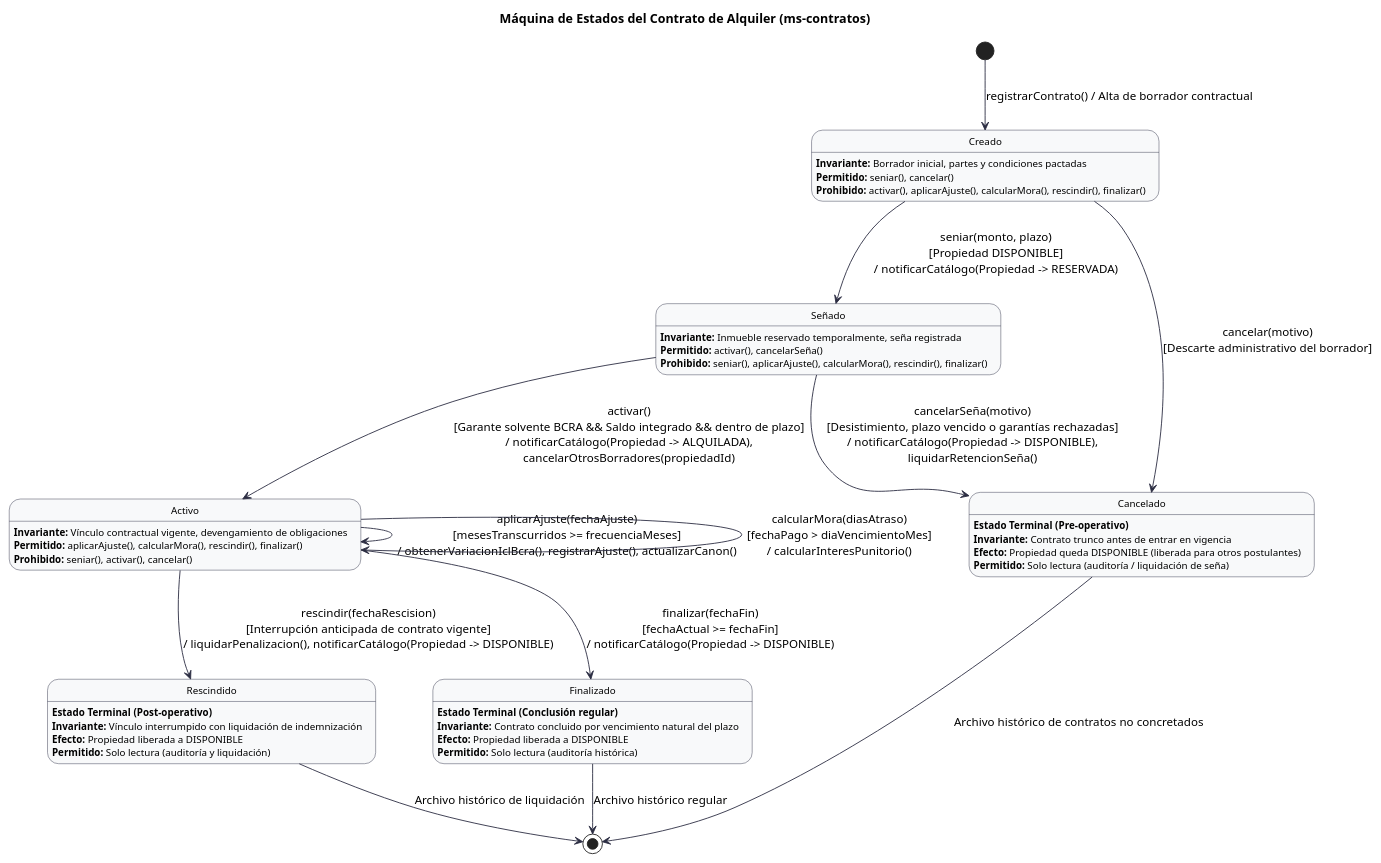
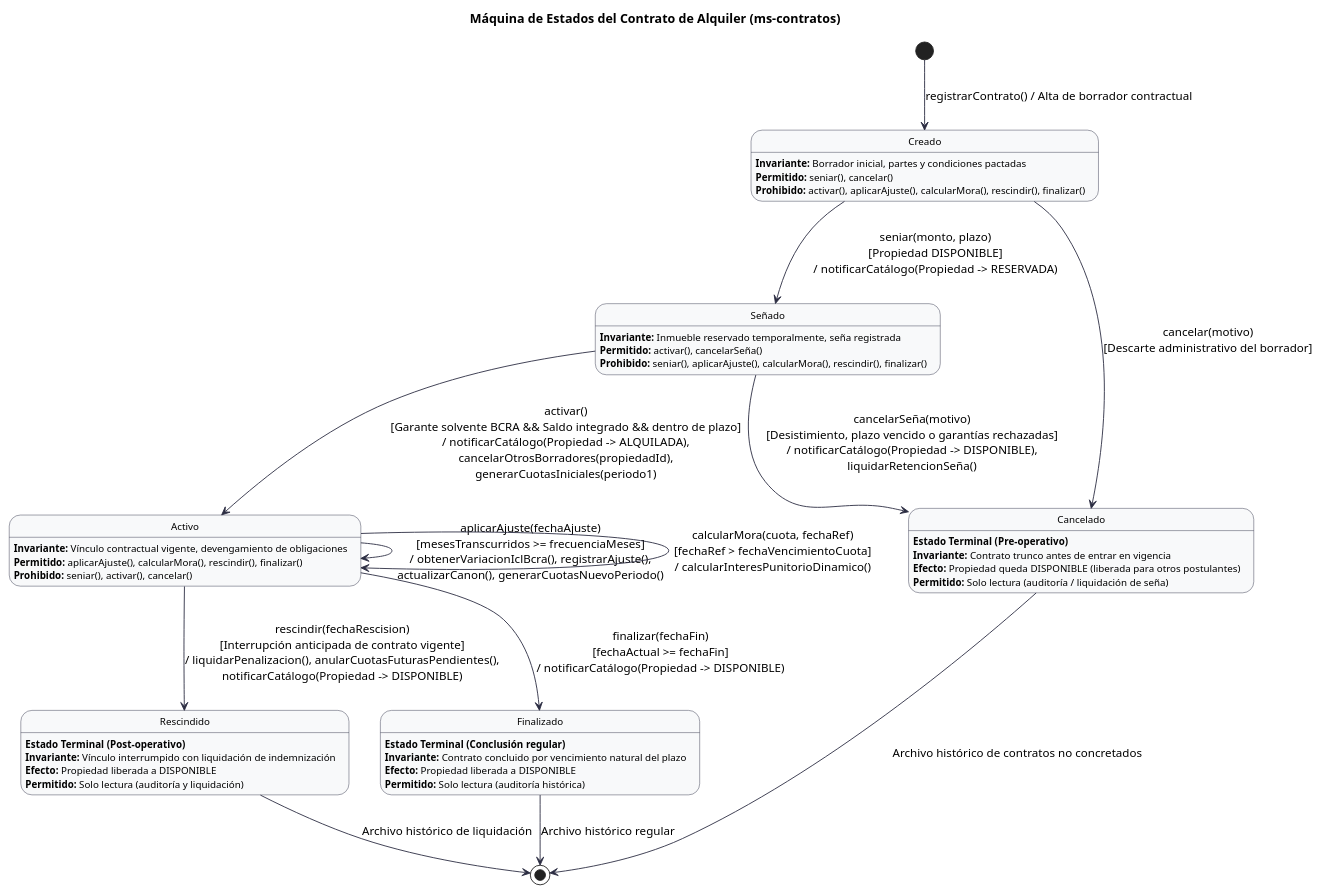
Before and after one commit to Luxuul01/tpi-back-RovedaSA: the fourth of 4 diagrams in docs/Diagramas.md, drawn with PlantUML. The commit also changed other lines of this file and 2 other files, not shown here.

Commit message:
docs: incorporar entidad Cuota, generacion bajo demanda y mora dinamica

````diff
--- a/docs/Diagramas.md
+++ b/docs/Diagramas.md
@@ -324,78 +348,78 @@
 ```plantuml
 @startuml
 skinparam backgroundColor #FFFFFF
 skinparam state {
     BackgroundColor #F8F9FA
     BorderColor #2B2D42
     ArrowColor #2B2D42
     FontName Arial
     FontSize 12
     AttributeFontSize 11
 }
 hide empty description
 
 title Máquina de Estados del Contrato de Alquiler (ms-contratos)
 
 [*] --> Creado : registrarContrato() / Alta de borrador contractual
 
 state Creado {
     Creado : **Invariante:** Borrador inicial, partes y condiciones pactadas
     Creado : **Permitido:** seniar(), cancelar()
     Creado : **Prohibido:** activar(), aplicarAjuste(), calcularMora(), rescindir(), finalizar()
 }
 
 Creado --> Señado : seniar(monto, plazo)\n[Propiedad DISPONIBLE]\n/ notificarCatálogo(Propiedad -> RESERVADA)
 
 Creado --> Cancelado : cancelar(motivo)\n[Descarte administrativo del borrador]
 
 state Señado {
     Señado : **Invariante:** Inmueble reservado temporalmente, seña registrada
     Señado : **Permitido:** activar(), cancelarSeña()
     Señado : **Prohibido:** seniar(), aplicarAjuste(), calcularMora(), rescindir(), finalizar()
 }
 
-Señado --> Activo : activar()\n[Garante solvente BCRA && Saldo integrado && dentro de plazo]\n/ notificarCatálogo(Propiedad -> ALQUILADA),\ncancelarOtrosBorradores(propiedadId)
+Señado --> Activo : activar()\n[Garante solvente BCRA && Saldo integrado && dentro de plazo]\n/ notificarCatálogo(Propiedad -> ALQUILADA),\ncancelarOtrosBorradores(propiedadId),\ngenerarCuotasIniciales(periodo1)
 
 Señado --> Cancelado : cancelarSeña(motivo)\n[Desistimiento, plazo vencido o garantías rechazadas]\n/ notificarCatálogo(Propiedad -> DISPONIBLE),\nliquidarRetencionSeña()
 
 state Activo {
     Activo : **Invariante:** Vínculo contractual vigente, devengamiento de obligaciones
     Activo : **Permitido:** aplicarAjuste(), calcularMora(), rescindir(), finalizar()
     Activo : **Prohibido:** seniar(), activar(), cancelar()
 
-    Activo --> Activo : aplicarAjuste(fechaAjuste)\n[mesesTranscurridos >= frecuenciaMeses]\n/ obtenerVariacionIclBcra(), registrarAjuste(), actualizarCanon()
+    Activo --> Activo : aplicarAjuste(fechaAjuste)\n[mesesTranscurridos >= frecuenciaMeses]\n/ obtenerVariacionIclBcra(), registrarAjuste(),\nactualizarCanon(), generarCuotasNuevoPeriodo()
 
-    Activo --> Activo : calcularMora(diasAtraso)\n[fechaPago > diaVencimientoMes]\n/ calcularInteresPunitorio()
+    Activo --> Activo : calcularMora(cuota, fechaRef)\n[fechaRef > fechaVencimientoCuota]\n/ calcularInteresPunitorioDinamico()
 }
 
-Activo --> Rescindido : rescindir(fechaRescision)\n[Interrupción anticipada de contrato vigente]\n/ liquidarPenalizacion(), notificarCatálogo(Propiedad -> DISPONIBLE)
+Activo --> Rescindido : rescindir(fechaRescision)\n[Interrupción anticipada de contrato vigente]\n/ liquidarPenalizacion(), anularCuotasFuturasPendientes(),\nnotificarCatálogo(Propiedad -> DISPONIBLE)
 
 Activo --> Finalizado : finalizar(fechaFin)\n[fechaActual >= fechaFin]\n/ notificarCatálogo(Propiedad -> DISPONIBLE)
 
 state Cancelado {
     Cancelado : **Estado Terminal (Pre-operativo)**
     Cancelado : **Invariante:** Contrato trunco antes de entrar en vigencia
     Cancelado : **Efecto:** Propiedad queda DISPONIBLE (liberada para otros postulantes)
     Cancelado : **Permitido:** Solo lectura (auditoría / liquidación de seña)
 }
 
 state Rescindido {
     Rescindido : **Estado Terminal (Post-operativo)**
     Rescindido : **Invariante:** Vínculo interrumpido con liquidación de indemnización
     Rescindido : **Efecto:** Propiedad liberada a DISPONIBLE
     Rescindido : **Permitido:** Solo lectura (auditoría y liquidación)
 }
 
 state Finalizado {
     Finalizado : **Estado Terminal (Conclusión regular)**
     Finalizado : **Invariante:** Contrato concluido por vencimiento natural del plazo
     Finalizado : **Efecto:** Propiedad liberada a DISPONIBLE
     Finalizado : **Permitido:** Solo lectura (auditoría histórica)
 }
 
 Cancelado --> [*] : Archivo histórico de contratos no concretados
 Rescindido --> [*] : Archivo histórico de liquidación
 Finalizado --> [*] : Archivo histórico regular
 
 @enduml
 ```
````
